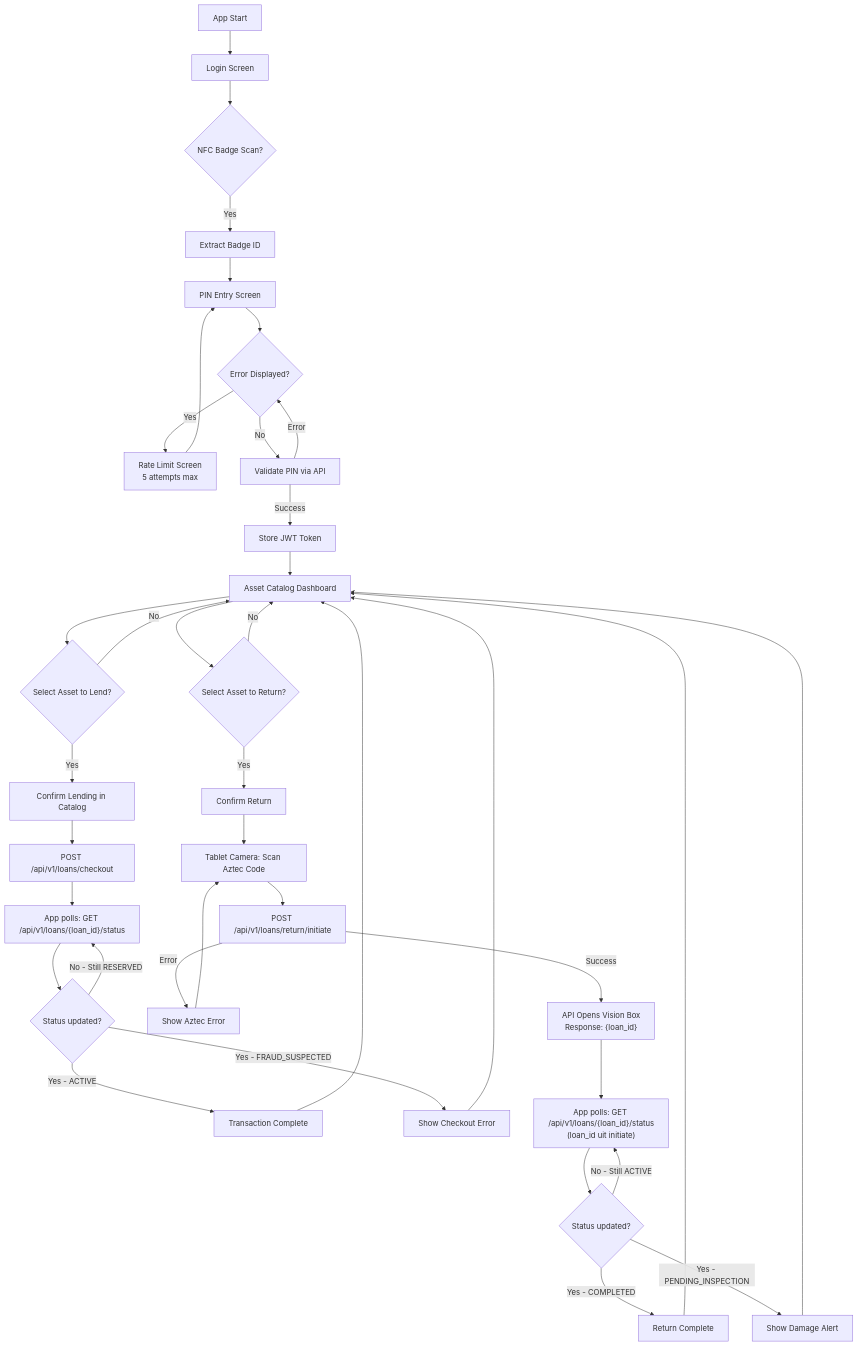
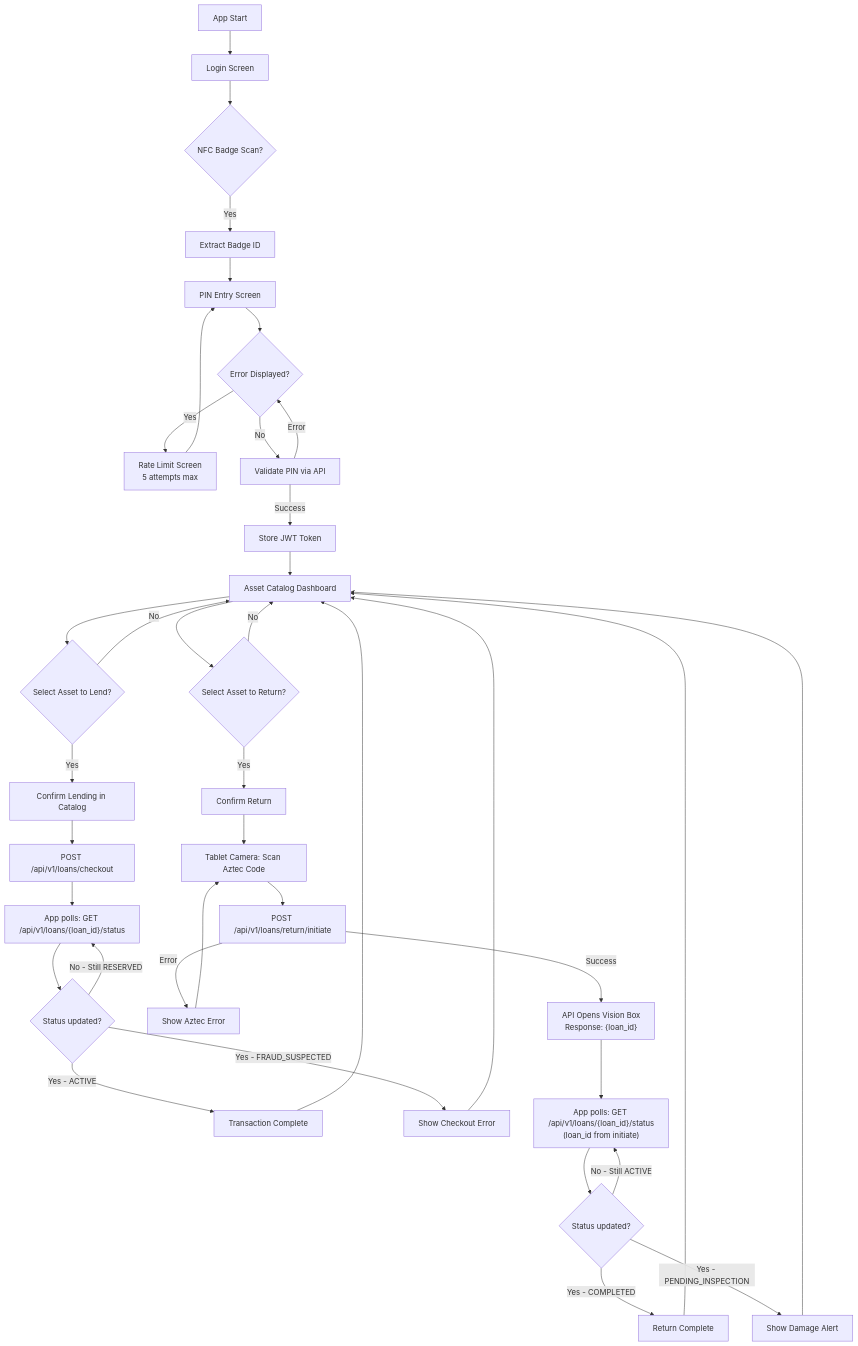
The diagram in kiosk-app/mermaid-flowchart.md (easylend-practice-enterprise/easylend), drawn with Mermaid before and after one commit. The commit also changed 39 other files, not shown here.

````diff
--- a/kiosk-app/mermaid-flowchart.md
+++ b/kiosk-app/mermaid-flowchart.md
@@ -3,58 +3,58 @@
 ```mermaid
 flowchart TD
     Start[App Start] --> Login[Login Screen]
 
     Login --> NFC{NFC Badge Scan?}
     NFC -->|Yes| BadgeID[Extract Badge ID]
     BadgeID --> PIN[PIN Entry Screen]
 
     PIN --> ShowError{Error Displayed?}
     ShowError -->|Yes| RateLimit[Rate Limit Screen<br/>5 attempts max]
     ShowError -->|No| Validate[Validate PIN via API]
 
     Validate -->|Success| AuthSuccess[Store JWT Token]
     Validate -->|Error| ShowError
 
     RateLimit --> PIN
 
     AuthSuccess --> Dashboard[Asset Catalog Dashboard]
 
-    %% CHECKOUT FLOW (Uitlenen via REST Polling)
+    %% CHECKOUT FLOW (Lending via REST Polling)
     Dashboard --> SelectAsset{Select Asset to Lend?}
     SelectAsset -->|Yes| ConfirmLend[Confirm Lending in Catalog]
     SelectAsset -->|No| Dashboard
 
     ConfirmLend --> APIOpenBox[POST /api/v1/loans/checkout]
     APIOpenBox --> PollCheckout["App polls: GET /api/v1/loans/{loan_id}/status"]
     
     PollCheckout --> CheckoutStatus{Status updated?}
     CheckoutStatus -->|No - Still RESERVED| PollCheckout
     CheckoutStatus -->|Yes - ACTIVE| LendSuccess[Transaction Complete]
     CheckoutStatus -->|Yes - FRAUD_SUSPECTED| CheckoutError[Show Checkout Error]
     
     CheckoutError --> Dashboard
     LendSuccess --> Dashboard
 
-    %% RETURN FLOW (Inleveren met Tablet Camera via REST Polling)
+    %% RETURN FLOW (Return with Tablet Camera via REST Polling)
     Dashboard --> SelectReturn{Select Asset to Return?}
     SelectReturn -->|Yes| ConfirmReturn[Confirm Return]
     SelectReturn -->|No| Dashboard
 
     ConfirmReturn --> ScanAztecReturn[Tablet Camera: Scan Aztec Code]
     ScanAztecReturn --> ValidateAztecReturn[POST /api/v1/loans/return/initiate]
     
     ValidateAztecReturn -->|Error| ShowAztecErrorReturn[Show Aztec Error]
     ShowAztecErrorReturn --> ScanAztecReturn
 
     ValidateAztecReturn -->|Success| ReturnOpenBox["API Opens Vision Box<br/>Response: {loan_id}"]
-    ReturnOpenBox --> PollReturn["App polls: GET /api/v1/loans/{loan_id}/status<br/>(loan_id uit initiate)"]
+    ReturnOpenBox --> PollReturn["App polls: GET /api/v1/loans/{loan_id}/status<br/>(loan_id from initiate)"]
 
     PollReturn --> ReturnStatus{Status updated?}
     ReturnStatus -->|No - Still ACTIVE| PollReturn
     ReturnStatus -->|Yes - COMPLETED| ReturnSuccess[Return Complete]
     ReturnStatus -->|Yes - PENDING_INSPECTION| ReturnQuarantine[Show Damage Alert]
 
     ReturnQuarantine --> Dashboard
     ReturnSuccess --> Dashboard
 
 ```
````
